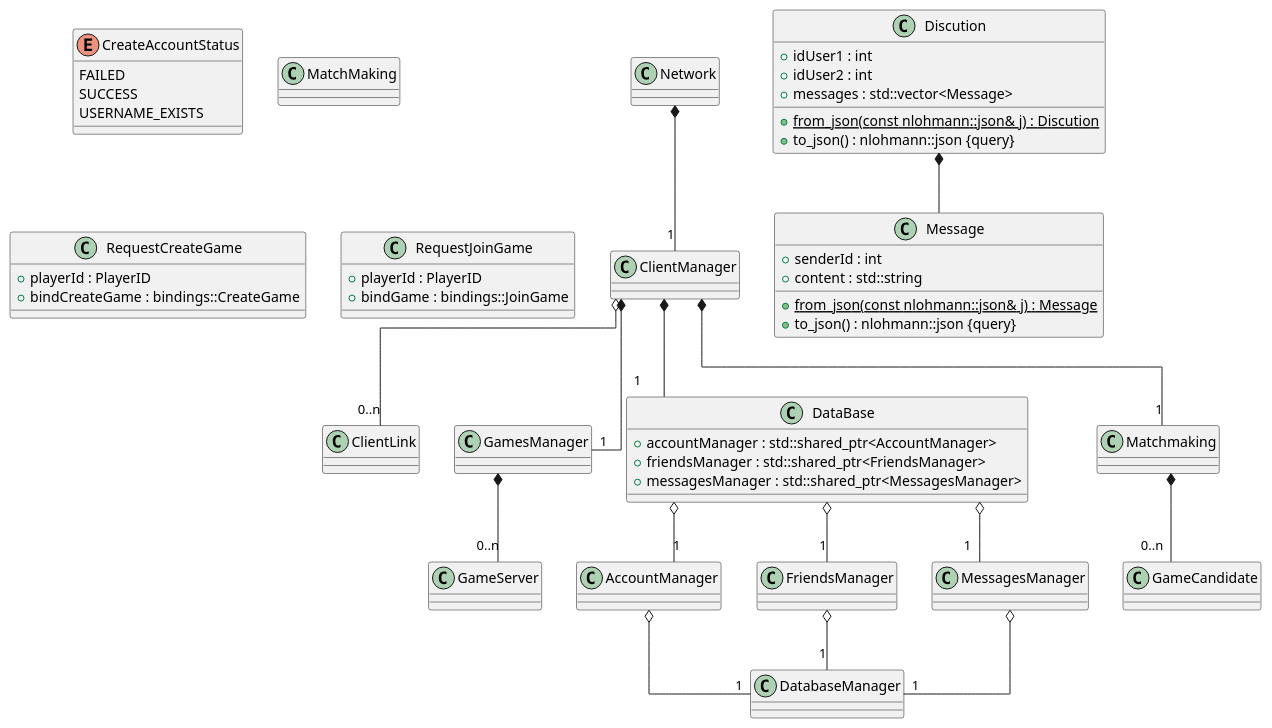
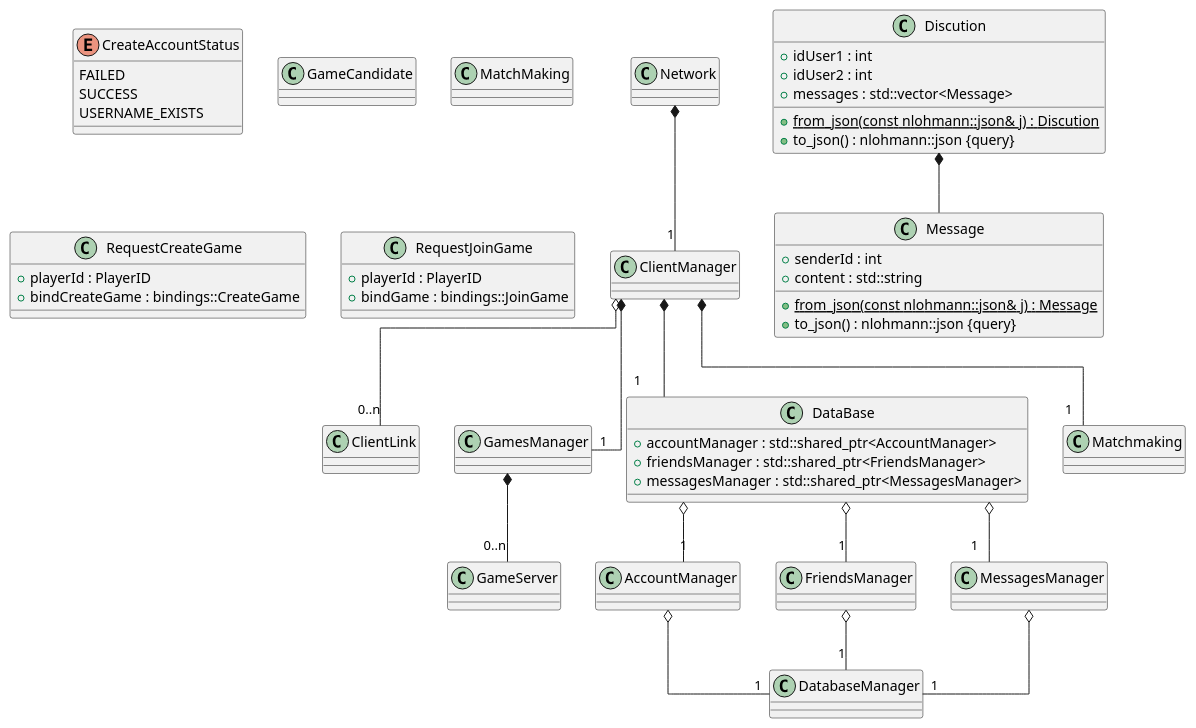
The diagram in doc/uml/class/server/ServerStructureClass.plantuml (ulb-info2-group5/Royal-Blocks), drawn with PlantUML before and after one commit. The commit also changed 4 other files, not shown here.

```diff
--- a/doc/uml/class/server/ServerStructureClass.plantuml
+++ b/doc/uml/class/server/ServerStructureClass.plantuml
@@ -1,102 +1,98 @@
 @startuml ServerStructureClass
 
 skinparam linetype ortho
 
 ' !include DatabaseClass.plantuml!0
 ' !include GameServerClass.plantuml!0
 ' !include NetworkClass.plantuml!0
 
 class AccountManager{}
 class DatabaseManager{}
 class FriendsManager{}
 class MessagesManager{}
 enum CreateAccountStatus {
 	FAILED
 	SUCCESS
 	USERNAME_EXISTS
 }
 
 
 class Discution {
 	+{static} from_json(const nlohmann::json& j) : Discution
 	+idUser1 : int
 	+idUser2 : int
 	+to_json() : nlohmann::json {query}
 	+messages : std::vector<Message>
 }
 
 
 class Message {
 	+{static} from_json(const nlohmann::json& j) : Message
 	+senderId : int
 	+to_json() : nlohmann::json {query}
 	+content : std::string
 }
 
 AccountManager o-- "1" DatabaseManager
 
 
 Discution *-- Message
 
 
 FriendsManager o-- "1" DatabaseManager
 
 
 MessagesManager o-- "1" DatabaseManager
 
 class GameServer{}
 
 class ClientLink{}
 
 class ClientManager{}
 
 class GameCandidate{}
 
 class GamesManager{}
 
 class MatchMaking{}
 
 class Network{}
 
 class RequestCreateGame {
 	+playerId : PlayerID
 	+bindCreateGame : bindings::CreateGame
 }
 
 
 class RequestJoinGame {
 	+playerId : PlayerID
 	+bindGame : bindings::JoinGame
 }
 
 class DataBase {
 	+accountManager : std::shared_ptr<AccountManager>
 	+friendsManager : std::shared_ptr<FriendsManager>
 	+messagesManager : std::shared_ptr<MessagesManager>
 }
 
 
 ClientManager o-- "0..n" ClientLink
 
 
 ClientManager *-- "1" DataBase
 
 
 ClientManager *-- "1" GamesManager
 
 
 ClientManager *-- "1" Matchmaking
 
-
-Matchmaking *-- "0..n" GameCandidate
-
-
 Network *-- "1" ClientManager
 
 DataBase o-- "1" AccountManager
 DataBase o-- "1" FriendsManager
 DataBase o-- "1" MessagesManager
 
 GamesManager *-- "0..n" GameServer
 
 @enduml
```
